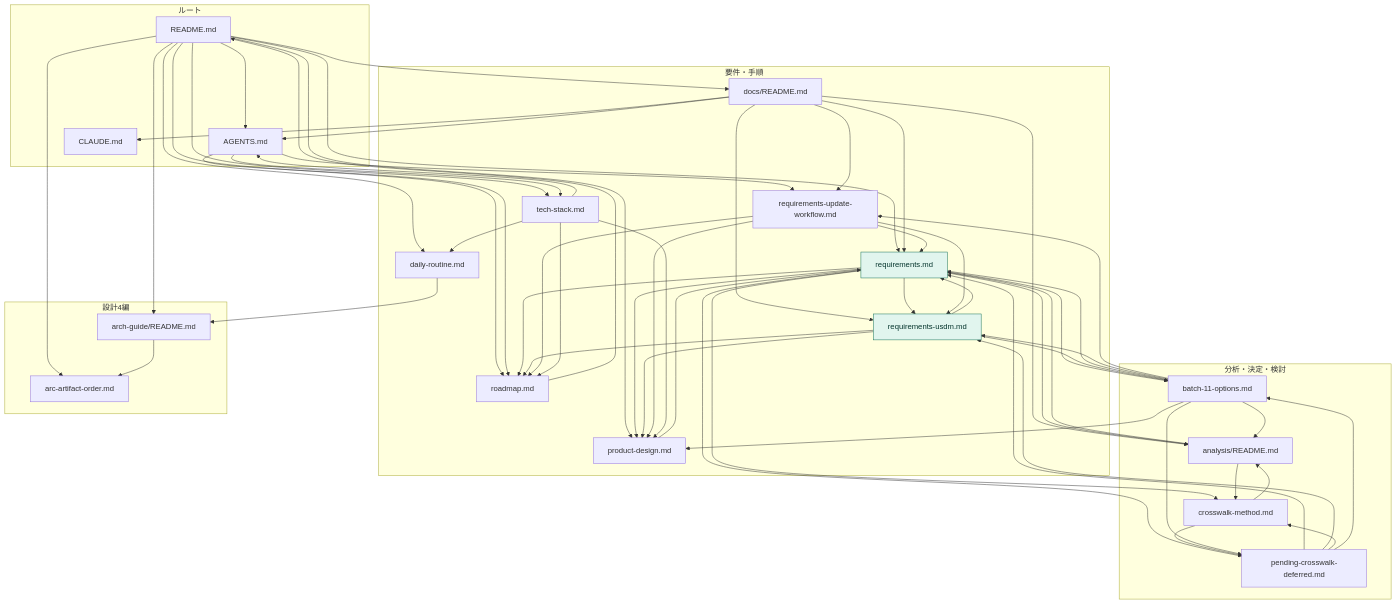
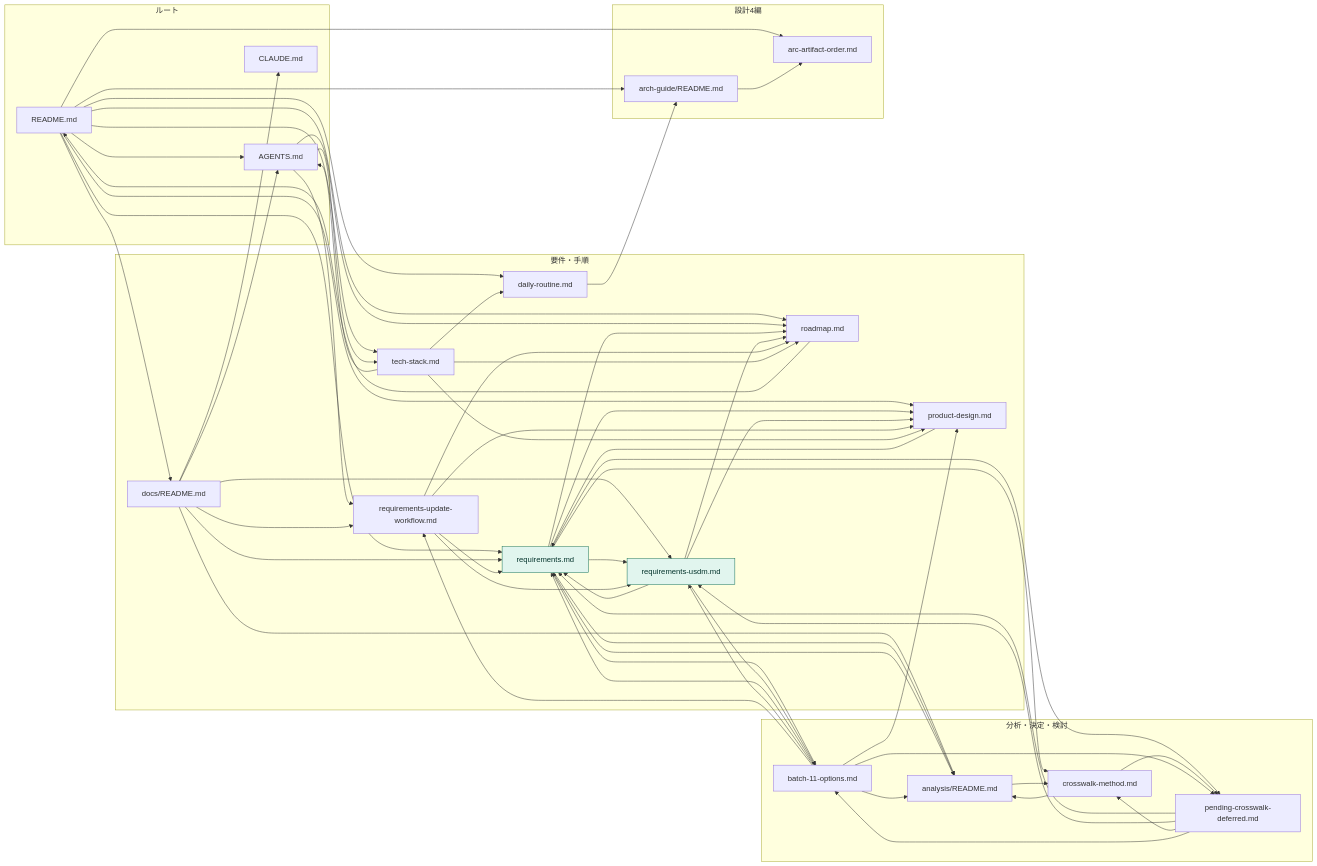
One commit to ChestnutForest/paper-repro changed the second of 2 diagrams in docs/repository-map.md. Above: the diagram before and after it, drawn with Mermaid. The commit also changed other lines of this file, not shown here.

First line of the commit message:
docs: lay the core file diagram out left to right

````diff
--- a/docs/repository-map.md
+++ b/docs/repository-map.md
@@ -212,5 +218,5 @@
 ```mermaid
-flowchart TB
+flowchart LR
     subgraph L1["ルート"]
         RM["README.md"]
         AG["AGENTS.md"]
````
